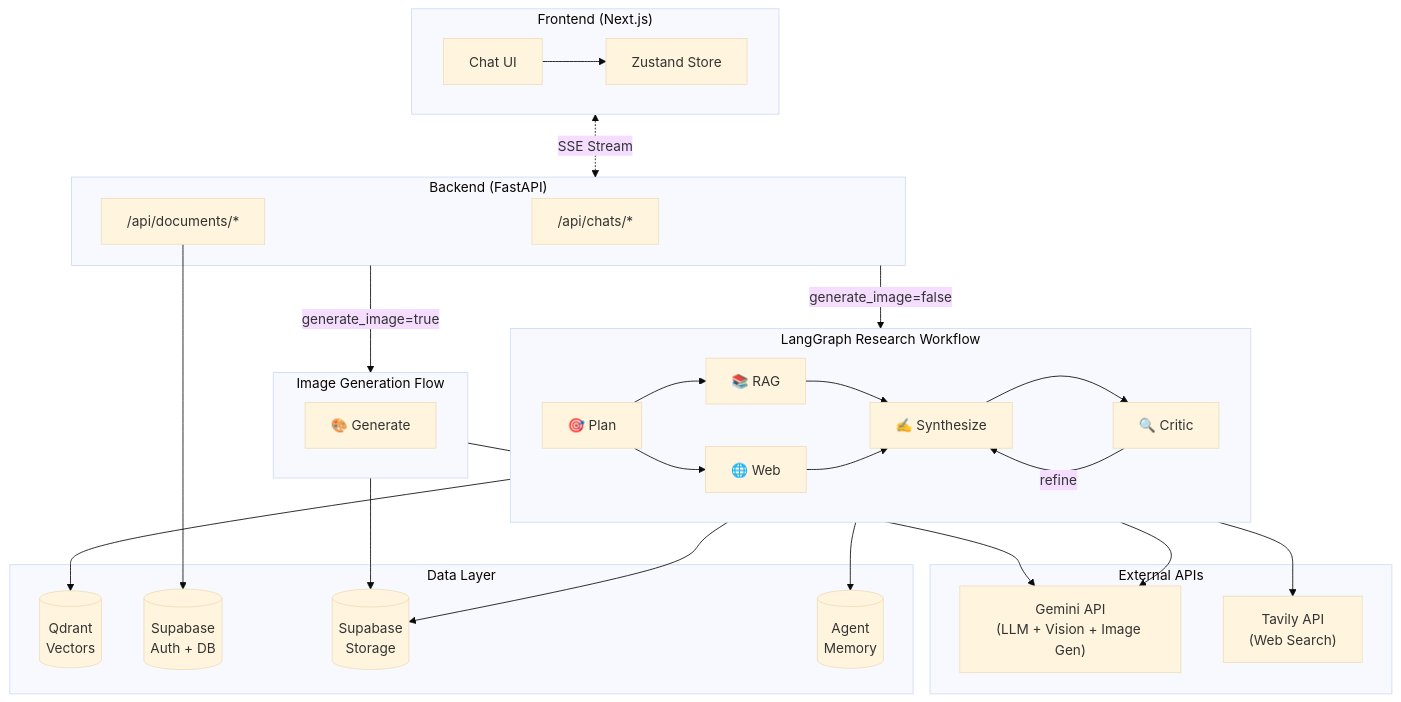
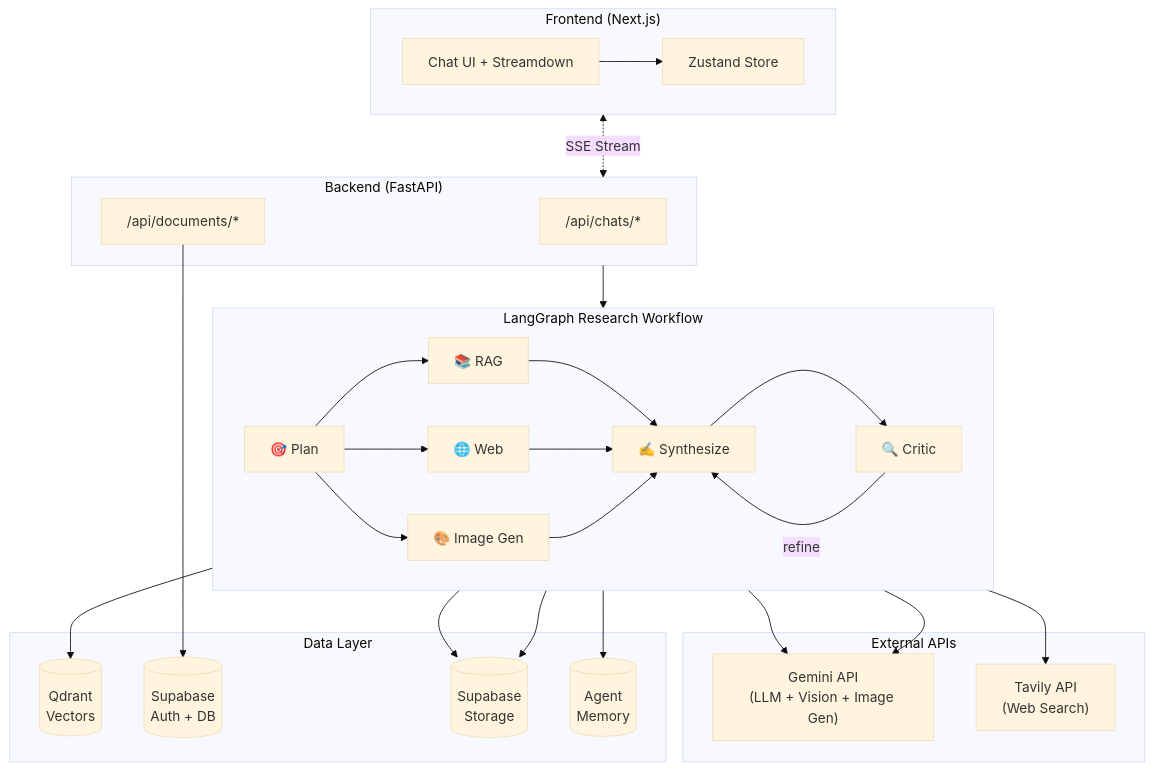
The diagram in README.md (thornxyz/revera), drawn with Mermaid (base theme) before and after one commit. The commit also changed other lines of this file and 21 other files, not shown here.

Commit message:
image gen is tool call now, other fixes

````diff
--- a/README.md
+++ b/README.md
@@ -7,51 +7,47 @@
 ```mermaid
 flowchart TB
     subgraph Client["Frontend (Next.js)"]
-        UI["Chat UI"] --> Store["Zustand Store"]
+        UI["Chat UI + Streamdown"] --> Store["Zustand Store"]
     end
     
     subgraph Server["Backend (FastAPI)"]
         ChatsAPI["/api/chats/*"]
         DocsAPI["/api/documents/*"]
     end
     
     subgraph ResearchFlow["LangGraph Research Workflow"]
         direction LR
         Plan["🎯 Plan"] --> Retrieve["📚 RAG"]
         Plan --> Web["🌐 Web"]
+        Plan --> ImgGen["🎨 Image Gen"]
         Retrieve --> Synth["✍️ Synthesize"]
         Web --> Synth
+        ImgGen --> Synth
         Synth --> Critic["🔍 Critic"]
         Critic -->|refine| Synth
-    end
-    
-    subgraph ImageFlow["Image Generation Flow"]
-        direction LR
-        GenImg["🎨 Generate"]
     end
     
     subgraph External["External APIs"]
         Gemini["Gemini API<br/>(LLM + Vision + Image Gen)"]
         Tavily["Tavily API<br/>(Web Search)"]
     end
     
     subgraph Storage["Data Layer"]
         Qdrant[("Qdrant<br/>Vectors")]
         Supabase[("Supabase<br/>Auth + DB")]
         SupaStorage[("Supabase<br/>Storage")]
         Memory[("Agent<br/>Memory")]
     end
     
     Client <-.->|SSE Stream| Server
-    Server -->|generate_image=false| ResearchFlow
-    Server -->|generate_image=true| ImageFlow
+    Server --> ResearchFlow
     
     ResearchFlow --> Gemini
-    ImageFlow --> Gemini
+    ImgGen --> Gemini
     Web --> Tavily
     Retrieve --> Qdrant
     Synth --> SupaStorage
-    GenImg --> SupaStorage
+    ImgGen --> SupaStorage
     ResearchFlow --> Memory
     DocsAPI --> Supabase
 ```
````
